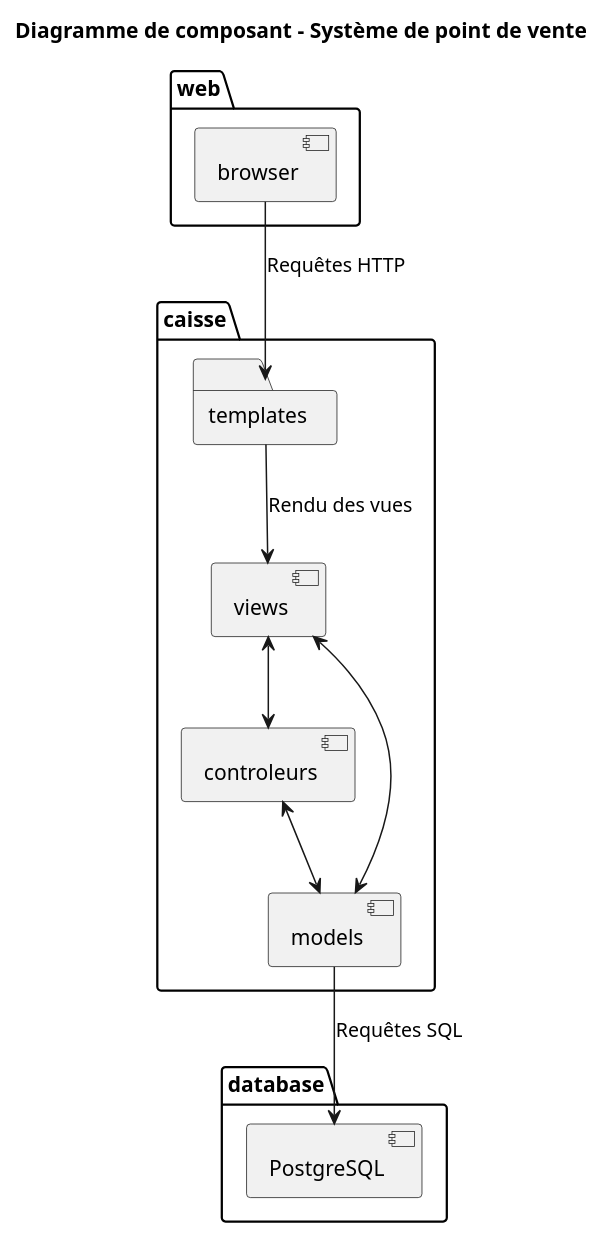
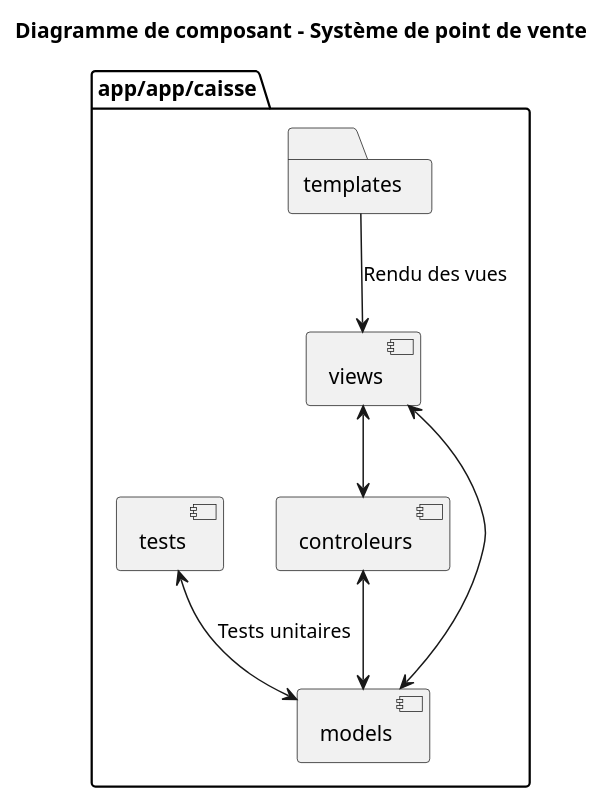
One commit to LojanArunasalam/LOG430-Lab2 changed the diagram in docs/diagrams/package_diagram.puml. Above: the diagram before and after it, drawn with PlantUML. The commit also changed 3 other files, not shown here.

```diff
--- a/docs/diagrams/package_diagram.puml
+++ b/docs/diagrams/package_diagram.puml
@@ -1,31 +1,21 @@
 @startuml
 hide circle
 hide members
 top to bottom direction
 title Diagramme de composant - Système de point de vente
 
-package "web" { 
-    component browser
-}
-
-package caisse {
-
+package app/app/caisse {
     folder "templates"
     component "views"
     component "controleurs"
     component "models"
-    
+    component "tests"
 }
-package "database" {
-    component "PostgreSQL"
-}
-
-browser --> templates : "Requêtes HTTP" 
-models --> PostgreSQL : "Requêtes SQL"
 
 views <--> controleurs
 controleurs <--> models
 models <--> views
+tests <--> models : "Tests unitaires"
 
 templates --> views : "Rendu des vues"
 @enduml
```
